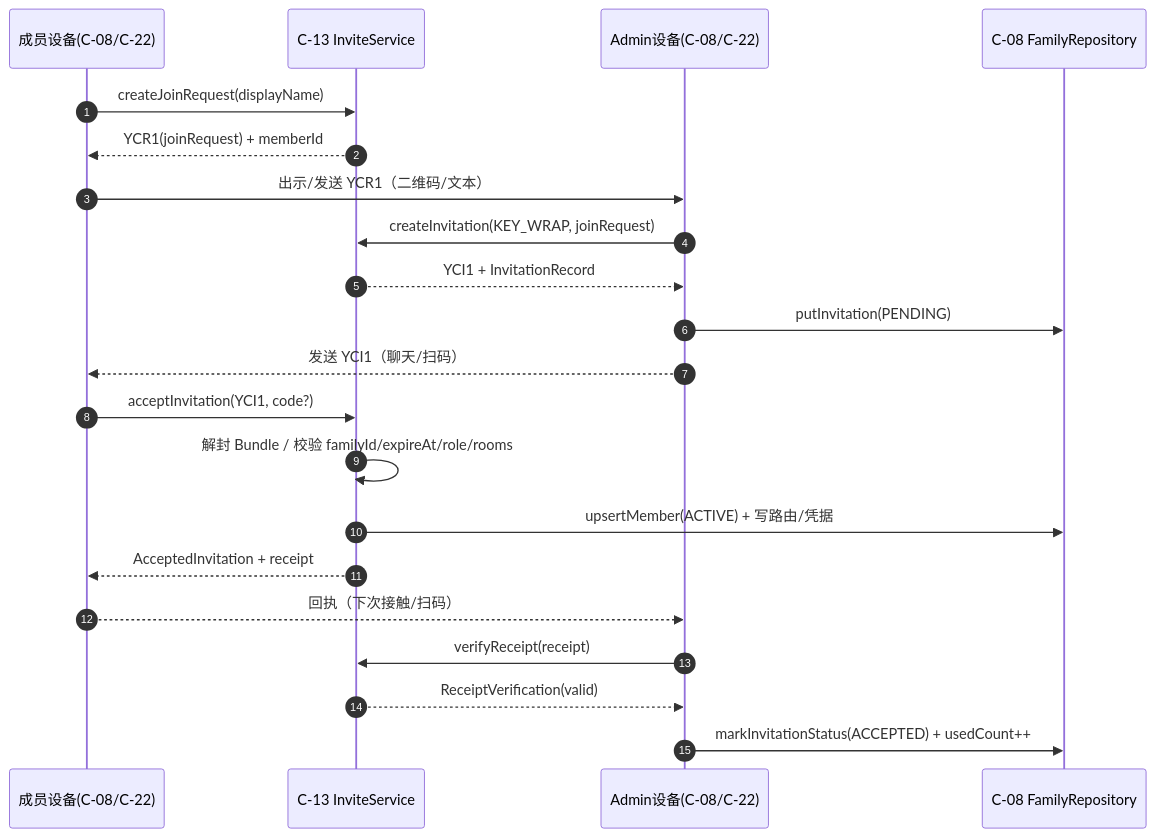
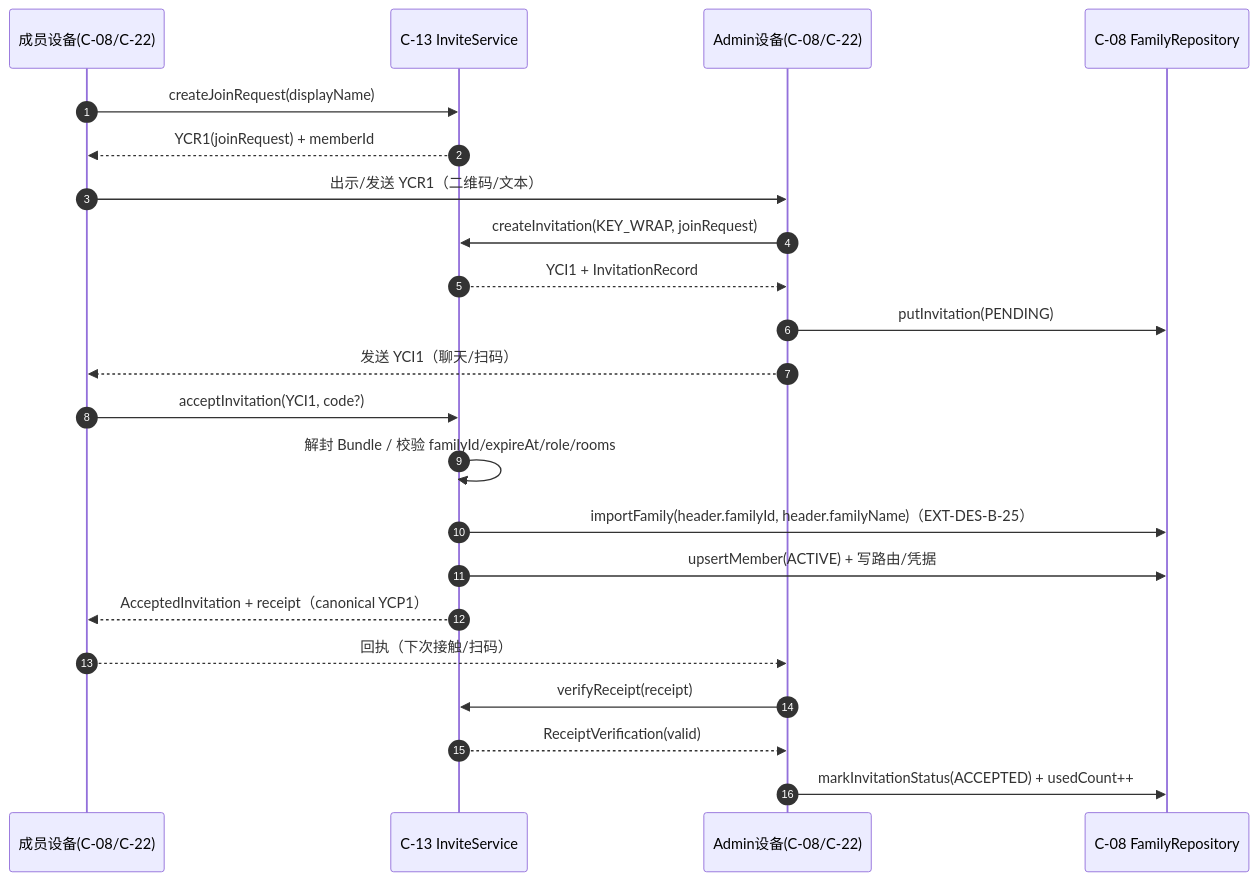
One commit to Quirkybrain/YaoCore changed the fifth of 24 diagrams in artifacts/40-detailed-design/des-001b-domain-presentation.md. Above: the diagram before and after it, drawn with Mermaid. The commit also changed other lines of this file and 1 other file, not shown here.

Commit message:
docs(design): 裁定 YCP1 回执与家庭导入契约

````diff
--- a/artifacts/40-detailed-design/des-001b-domain-presentation.md
+++ b/artifacts/40-detailed-design/des-001b-domain-presentation.md
@@ -990,24 +1023,25 @@
 ```mermaid
 sequenceDiagram
     autonumber
     participant M as 成员设备(C-08/C-22)
     participant I as C-13 InviteService
     participant A as Admin设备(C-08/C-22)
     participant R as C-08 FamilyRepository
 
     M->>I: createJoinRequest(displayName)
     I-->>M: YCR1(joinRequest) + memberId
     M->>A: 出示/发送 YCR1（二维码/文本）
     A->>I: createInvitation(KEY_WRAP, joinRequest)
     I-->>A: YCI1 + InvitationRecord
     A->>R: putInvitation(PENDING)
     A-->>M: 发送 YCI1（聊天/扫码）
     M->>I: acceptInvitation(YCI1, code?)
     I->>I: 解封 Bundle / 校验 familyId/expireAt/role/rooms
+    I->>R: importFamily(header.familyId, header.familyName)（EXT-DES-B-25）
     I->>R: upsertMember(ACTIVE) + 写路由/凭据
-    I-->>M: AcceptedInvitation + receipt
+    I-->>M: AcceptedInvitation + receipt（canonical YCP1）
     M-->>A: 回执（下次接触/扫码）
     A->>I: verifyReceipt(receipt)
     I-->>A: ReceiptVerification(valid)
     A->>R: markInvitationStatus(ACCEPTED) + usedCount++
 ```
````
